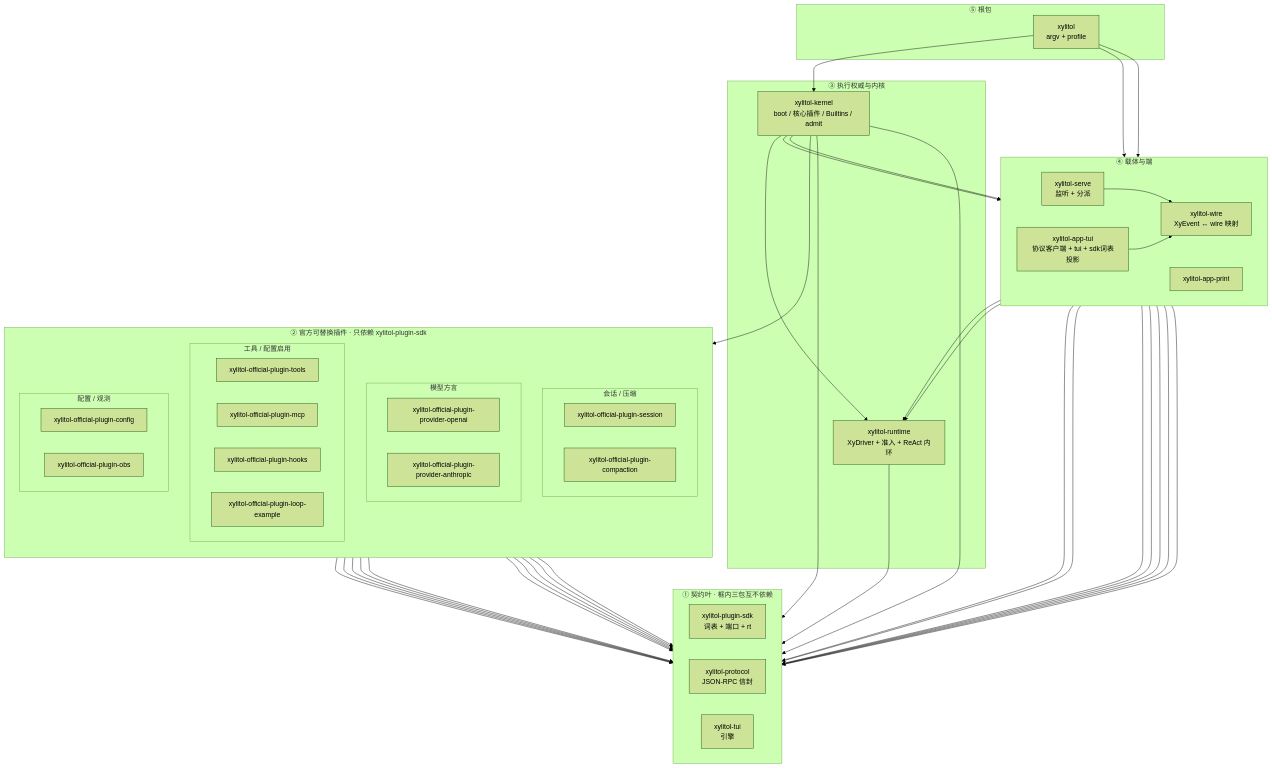
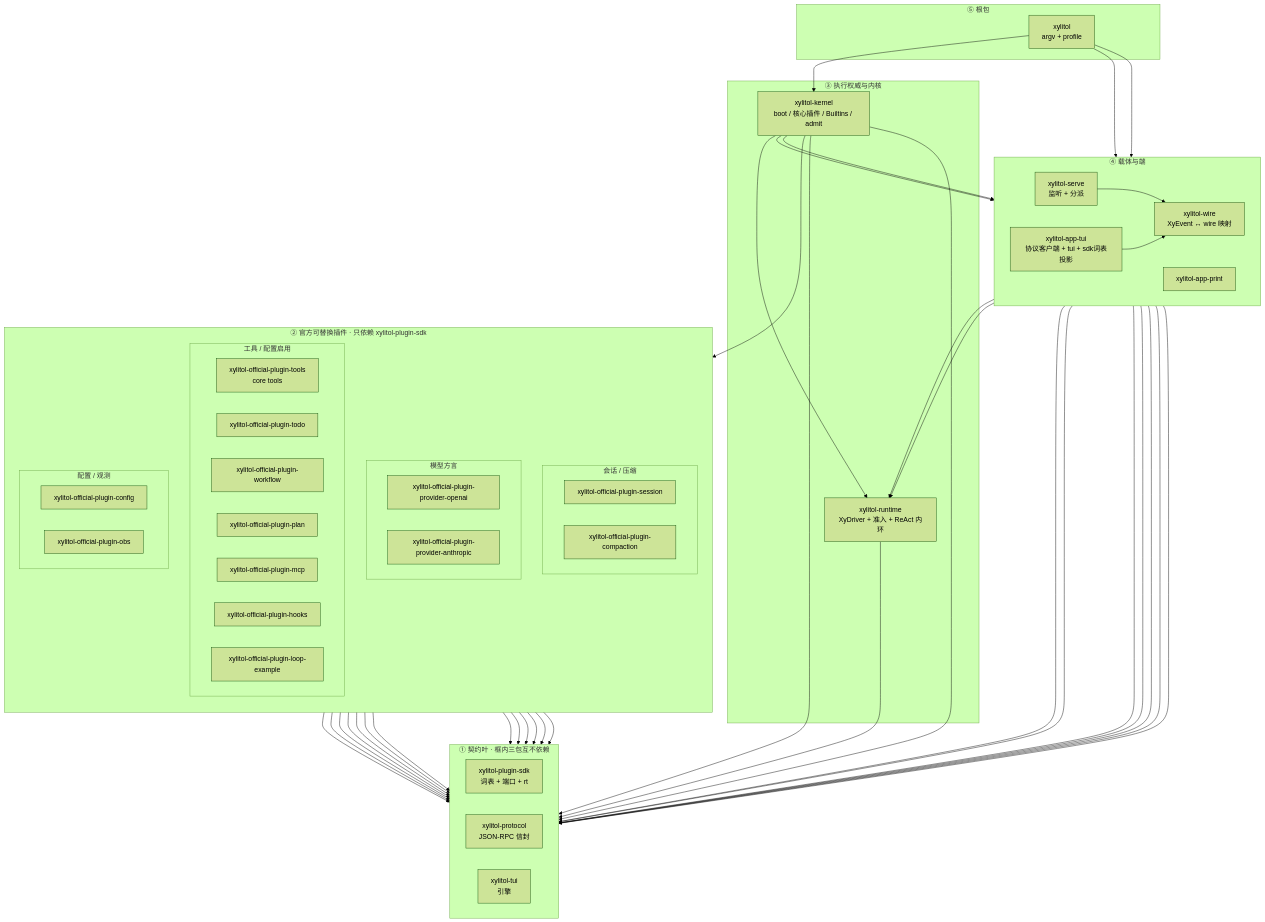
The diagram in src/AGENTS.md (StrayDragon/xylitol), drawn with Mermaid (forest theme) before and after one commit. The commit also changed other lines of this file and 57 other files, not shown here.

Commit message:
archive(sdd): c2968-refactor-extract-plan-workflow-todo-plugins

```diff
--- a/src/AGENTS.md
+++ b/src/AGENTS.md
@@ -41,7 +41,10 @@
     end
     subgraph plugins_ext["工具 / 配置启用"]
       direction LR
-      xylitol_official_plugin_tools["xylitol-official-plugin-tools"]
+      xylitol_official_plugin_tools["xylitol-official-plugin-tools<br/>core tools"]
+      xylitol_official_plugin_todo["xylitol-official-plugin-todo"]
+      xylitol_official_plugin_workflow["xylitol-official-plugin-workflow"]
+      xylitol_official_plugin_plan["xylitol-official-plugin-plan"]
       xylitol_official_plugin_mcp["xylitol-official-plugin-mcp"]
       xylitol_official_plugin_hooks["xylitol-official-plugin-hooks"]
       xylitol_official_plugin_loop_example["xylitol-official-plugin-loop-example"]
@@ -75,6 +78,9 @@
   xylitol_official_plugin_provider_openai --> xylitol_plugin_sdk
   xylitol_official_plugin_provider_anthropic --> xylitol_plugin_sdk
   xylitol_official_plugin_tools --> xylitol_plugin_sdk
+  xylitol_official_plugin_todo --> xylitol_plugin_sdk
+  xylitol_official_plugin_workflow --> xylitol_plugin_sdk
+  xylitol_official_plugin_plan --> xylitol_plugin_sdk
   xylitol_official_plugin_mcp --> xylitol_plugin_sdk
   xylitol_official_plugin_hooks --> xylitol_plugin_sdk
   xylitol_official_plugin_loop_example --> xylitol_plugin_sdk
```
